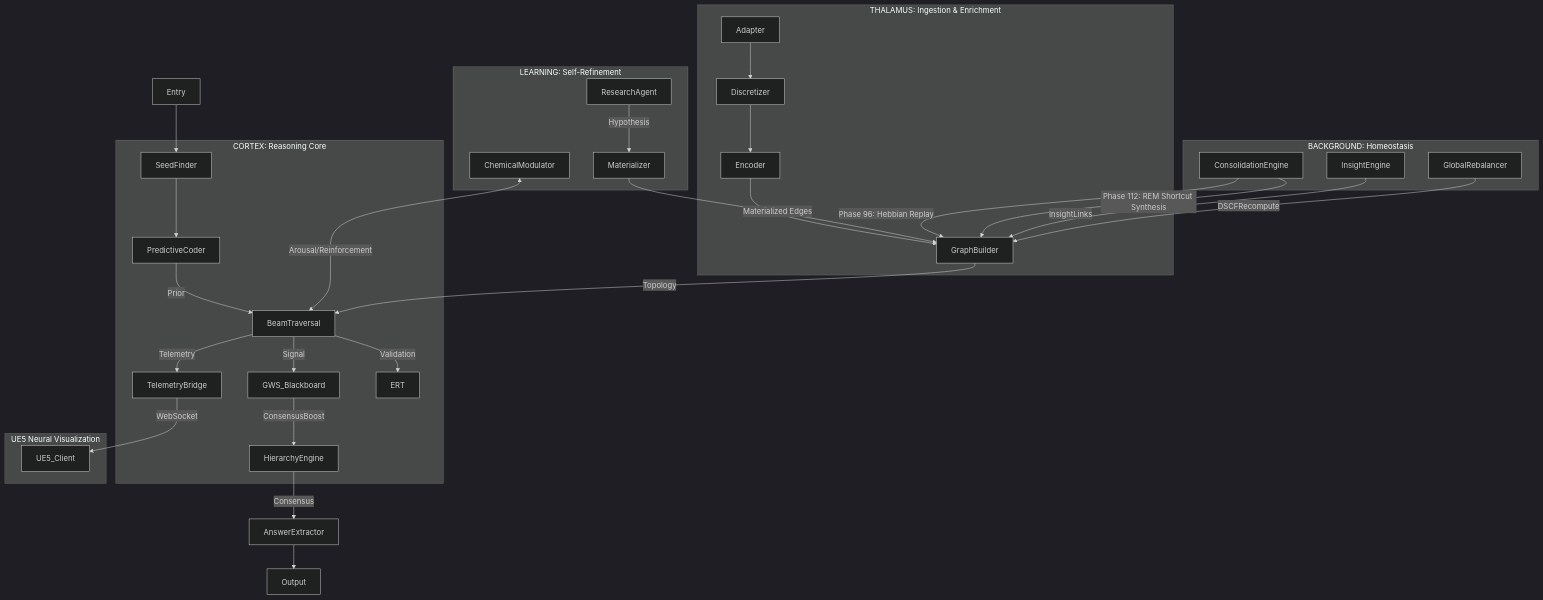
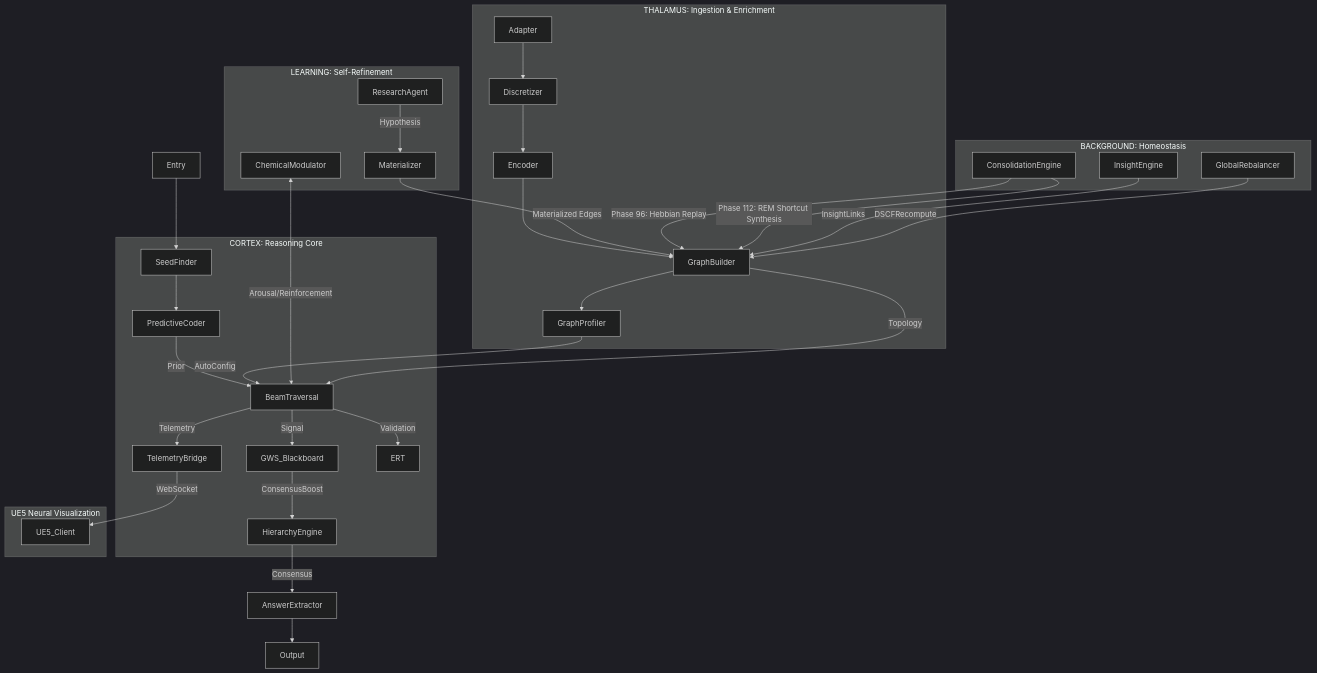
Before and after one commit to BrutalByte/CEREBRUM: the diagram in docs/ARCHITECTURE.md, drawn with Mermaid (dark theme). The commit also changed other lines of this file and 84 other files, not shown here.

Commit message:
docs/feat: v2.51.0 (Phase 167) sync, Hybrid-Memory Architecture, and documentation audit

````diff
--- a/docs/ARCHITECTURE.md
+++ b/docs/ARCHITECTURE.md
@@ -7,41 +7,43 @@
 ```mermaid
 graph TD
     %% Entry Points
     Entry --> SeedFinder
     
     subgraph THALAMUS [THALAMUS: Ingestion & Enrichment]
         Adapter --> Discretizer
         Discretizer --> Encoder
         Encoder --> GraphBuilder
+        GraphBuilder --> GraphProfiler
     end
     
     subgraph CORTEX [CORTEX: Reasoning Core]
         SeedFinder --> PredictiveCoder
         PredictiveCoder -->|Prior| BeamTraversal
         BeamTraversal -->|Signal| GWS_Blackboard
         GWS_Blackboard -->|ConsensusBoost| HierarchyEngine
         BeamTraversal -->|Telemetry| TelemetryBridge
         BeamTraversal -->|Validation| ERT
+        GraphProfiler -->|AutoConfig| BeamTraversal
     end
     
     subgraph LEARNING [LEARNING: Self-Refinement]
         ChemicalModulator <-->|Arousal/Reinforcement| BeamTraversal
         ResearchAgent -->|Hypothesis| Materializer
         Materializer -->|Materialized Edges| GraphBuilder
     end
     
     subgraph BACKGROUND [BACKGROUND: Homeostasis]
         ConsolidationEngine -->|Phase 96: Hebbian Replay| GraphBuilder
         ConsolidationEngine -->|Phase 112: REM Shortcut Synthesis| GraphBuilder
         InsightEngine -->|InsightLinks| GraphBuilder
         GlobalRebalancer -->|DSCFRecompute| GraphBuilder
     end
     
     subgraph VISUAL [UE5 Neural Visualization]
         TelemetryBridge -->|WebSocket| UE5_Client
     end
     
     GraphBuilder -->|Topology| BeamTraversal
     HierarchyEngine -->|Consensus| AnswerExtractor
     AnswerExtractor --> Output
 ```
````
